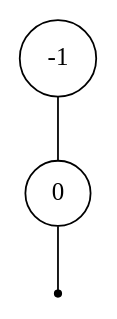
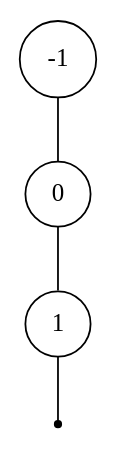
One commit to Shaolans/Projet_AAGA changed the diagram in tree/test4.dot. Above: the diagram before and after it, drawn with Graphviz. The commit also changed 1 other file, not shown here.

```diff
--- a/tree/test4.dot
+++ b/tree/test4.dot
@@ -1,8 +1,10 @@
 digraph {
   edge [arrowhead = none, arrowtail=none];
-treeimplementationSchroderTreeImpl3f2a3a5 [label="-1", shape=circle, width=0.1];
-treeimplementationSchroderTreeImpl3f2a3a5 -> treeimplementationSchroderTreeImpl6fb554cc;
-treeimplementationSchroderTreeImpl6fb554cc [label="0", shape=circle, width=0.1];
-treeimplementationSchroderTreeImpl6fb554cc -> treeimplementationSchroderTreeImpl614c5515;
-treeimplementationSchroderTreeImpl614c5515 [label="", shape=point];
+treeimplementationSchroderTreeImpl1540e19d [label="-1", shape=circle, width=0.1];
+treeimplementationSchroderTreeImpl1540e19d -> treeimplementationSchroderTreeImpl677327b6;
+treeimplementationSchroderTreeImpl677327b6 [label="0", shape=circle, width=0.1];
+treeimplementationSchroderTreeImpl677327b6 -> treeimplementationSchroderTreeImpl14ae5a5;
+treeimplementationSchroderTreeImpl14ae5a5 [label="1", shape=circle, width=0.1];
+treeimplementationSchroderTreeImpl14ae5a5 -> treeimplementationSchroderTreeImpl7f31245a;
+treeimplementationSchroderTreeImpl7f31245a [label="", shape=point];
 }
```
